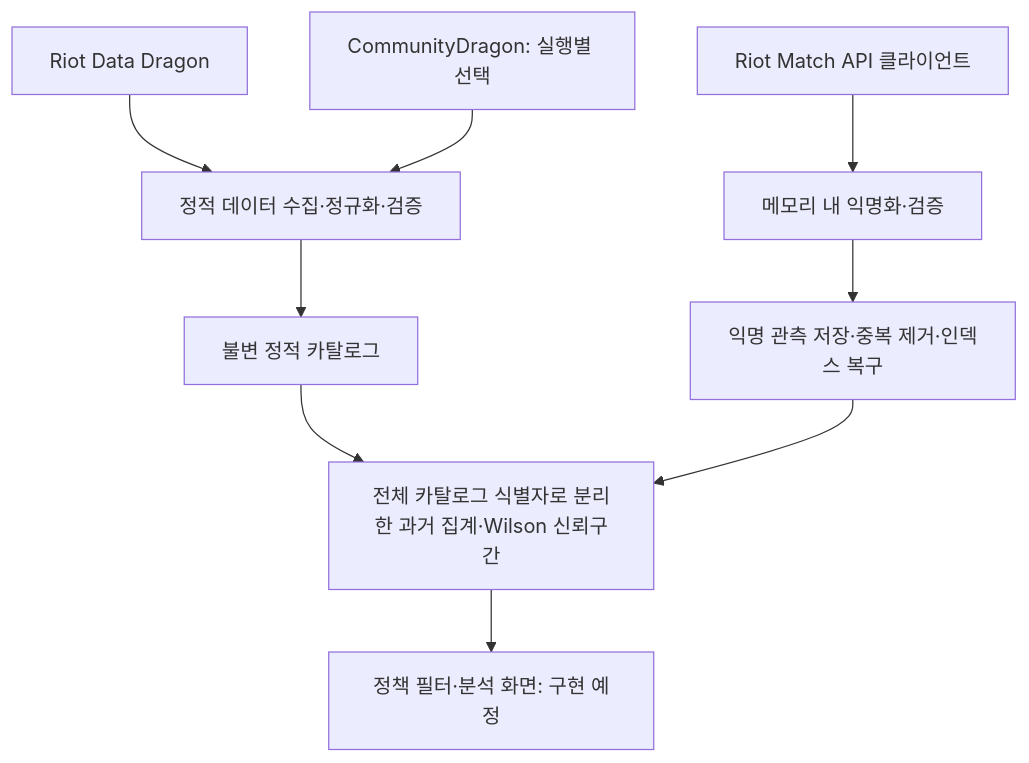
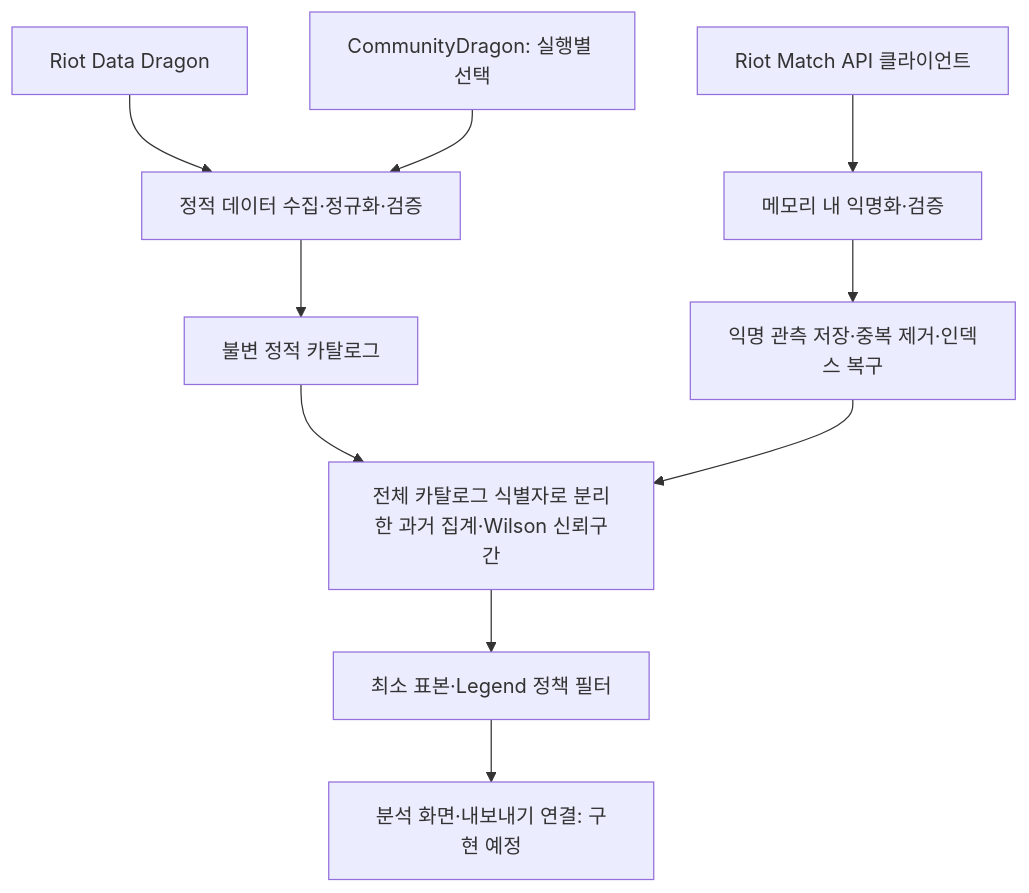
The diagram in README.md (Ghyeok/TFTDataAnalyzer), drawn with Mermaid before and after one commit. The commit also changed other lines of this file and 27 other files, not shown here.

````diff
--- a/README.md
+++ b/README.md
@@ -55,11 +55,12 @@
 ```mermaid
 flowchart TD
     A[Riot Data Dragon] --> C[정적 데이터 수집·정규화·검증]
     B[CommunityDragon: 실행별 선택] --> C
     C --> D[불변 정적 카탈로그]
     E[Riot Match API 클라이언트] --> F[메모리 내 익명화·검증]
     F --> G[익명 관측 저장·중복 제거·인덱스 복구]
     D --> H[전체 카탈로그 식별자로 분리한 과거 집계·Wilson 신뢰구간]
     G --> H
-    H --> I[정책 필터·분석 화면: 구현 예정]
+    H --> I[최소 표본·Legend 정책 필터]
+    I --> J[분석 화면·내보내기 연결: 구현 예정]
 ```
````
